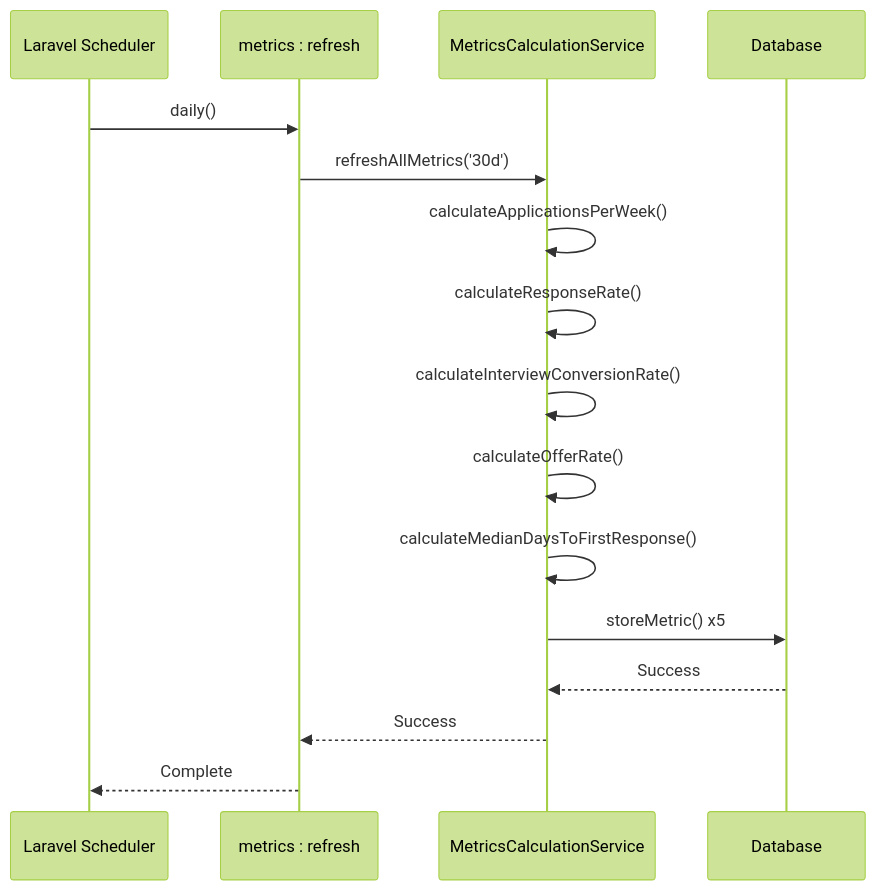
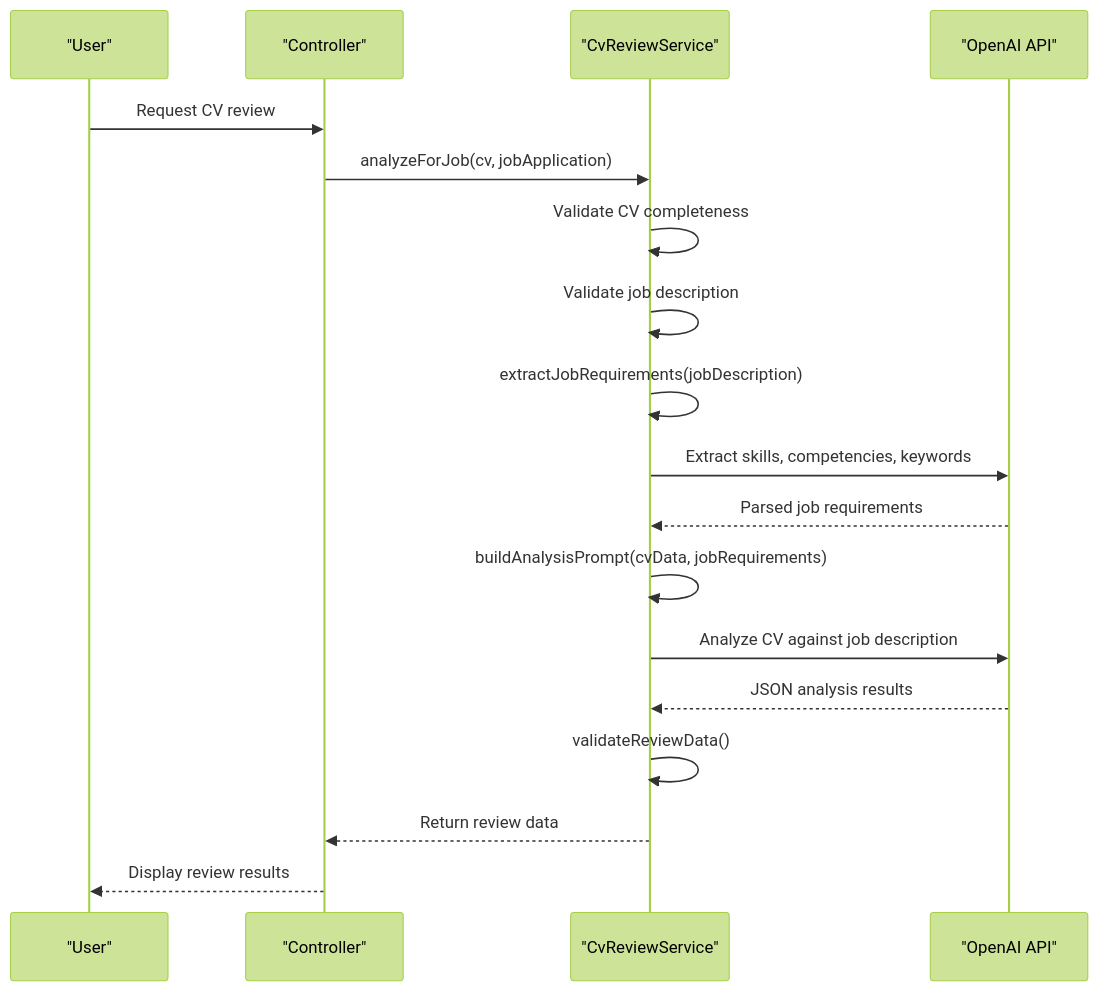
The fifth of 8 diagrams in .qoder/repowiki/en/content/Architecture & Design/Architecture & Design.md (withoutfanfare/cv-builder), drawn with Mermaid (forest theme) before and after one commit. The commit also changed other lines of this file and 128 other files, not shown here.

````diff
--- a/.qoder/repowiki/en/content/Architecture & Design/Architecture & Design.md
+++ b/.qoder/repowiki/en/content/Architecture & Design/Architecture & Design.md
@@ -302,18 +250,20 @@
 ```mermaid
 sequenceDiagram
-participant Scheduler as Laravel Scheduler
-participant Command as metrics : refresh
-participant Service as MetricsCalculationService
-participant DB as Database
-Scheduler->>Command : daily()
-Command->>Service : refreshAllMetrics('30d')
-Service->>Service : calculateApplicationsPerWeek()
-Service->>Service : calculateResponseRate()
-Service->>Service : calculateInterviewConversionRate()
-Service->>Service : calculateOfferRate()
-Service->>Service : calculateMedianDaysToFirstResponse()
-Service->>DB : storeMetric() x5
-DB-->>Service : Success
-Service-->>Command : Success
-Command-->>Scheduler : Complete
+participant User as "User"
+participant Controller as "Controller"
+participant Service as "CvReviewService"
+participant OpenAI as "OpenAI API"
+User->>Controller : Request CV review
+Controller->>Service : analyzeForJob(cv, jobApplication)
+Service->>Service : Validate CV completeness
+Service->>Service : Validate job description
+Service->>Service : extractJobRequirements(jobDescription)
+Service->>OpenAI : Extract skills, competencies, keywords
+OpenAI-->>Service : Parsed job requirements
+Service->>Service : buildAnalysisPrompt(cvData, jobRequirements)
+Service->>OpenAI : Analyze CV against job description
+OpenAI-->>Service : JSON analysis results
+Service->>Service : validateReviewData()
+Service-->>Controller : Return review data
+Controller-->>User : Display review results
 ```
````
